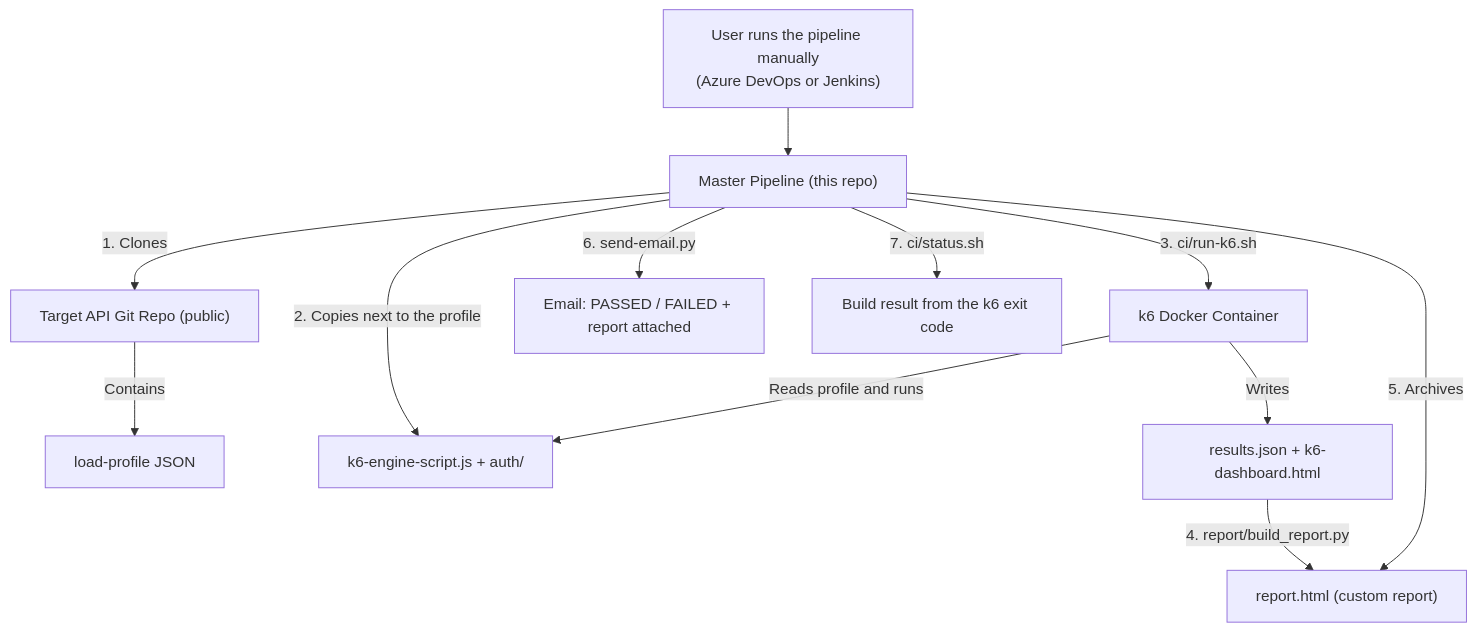
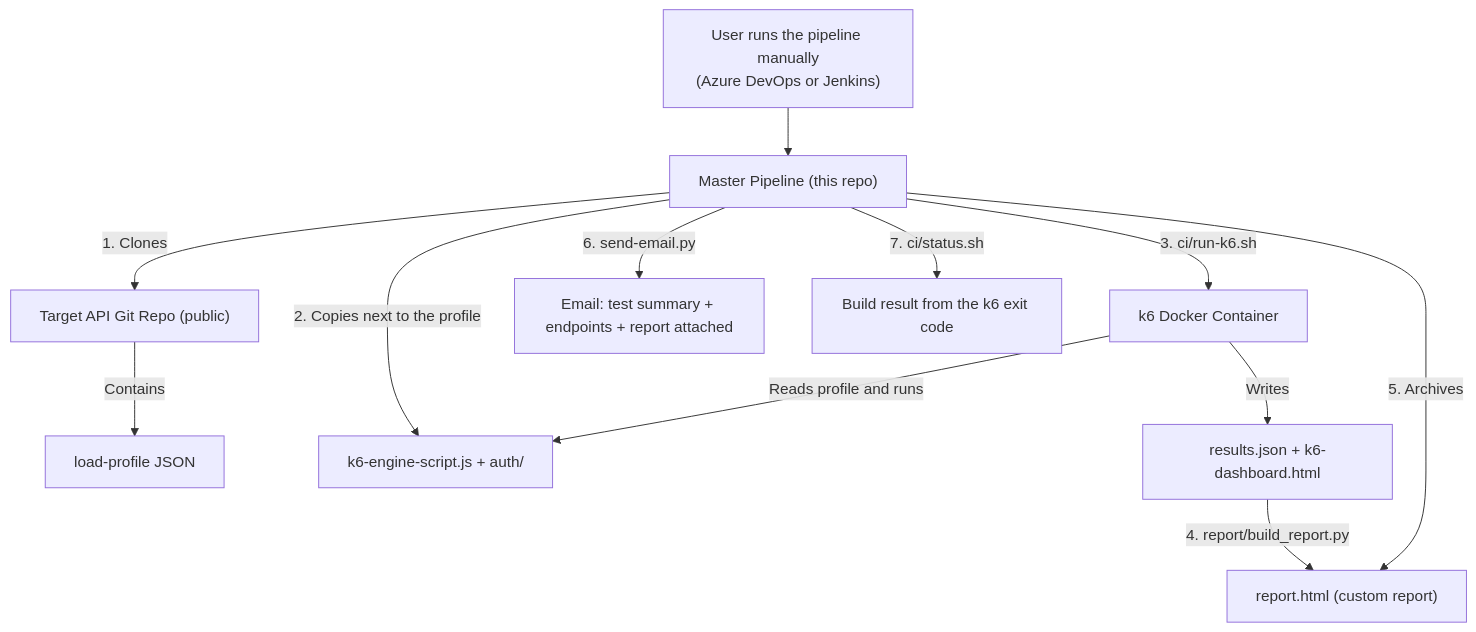
One commit to AnkitProwess/performance-testing-pipeline changed the first of 2 diagrams in README.md. Above: the diagram before and after it, drawn with Mermaid. The commit also changed other lines of this file and 4 other files, not shown here.

````diff
--- a/README.md
+++ b/README.md
@@ -17,14 +17,14 @@
 ```mermaid
 graph TD
     U["User runs the pipeline manually<br/>(Azure DevOps or Jenkins)"] --> P["Master Pipeline (this repo)"]
     P -->|"1. Clones"| B["Target API Git Repo (public)"]
     B -->|"Contains"| D["load-profile JSON"]
     P -->|"2. Copies next to the profile"| C["k6-engine-script.js + auth/"]
     P -->|"3. ci/run-k6.sh"| E["k6 Docker Container"]
     E -->|"Reads profile and runs"| C
     E -->|"Writes"| F["results.json + k6-dashboard.html"]
     F -->|"4. report/build_report.py"| G["report.html (custom report)"]
     P -->|"5. Archives"| G
-    P -->|"6. send-email.py"| H["Email: PASSED / FAILED + report attached"]
+    P -->|"6. send-email.py"| H["Email: test summary + endpoints + report attached"]
     P -->|"7. ci/status.sh"| I["Build result from the k6 exit code"]
 ```
````
